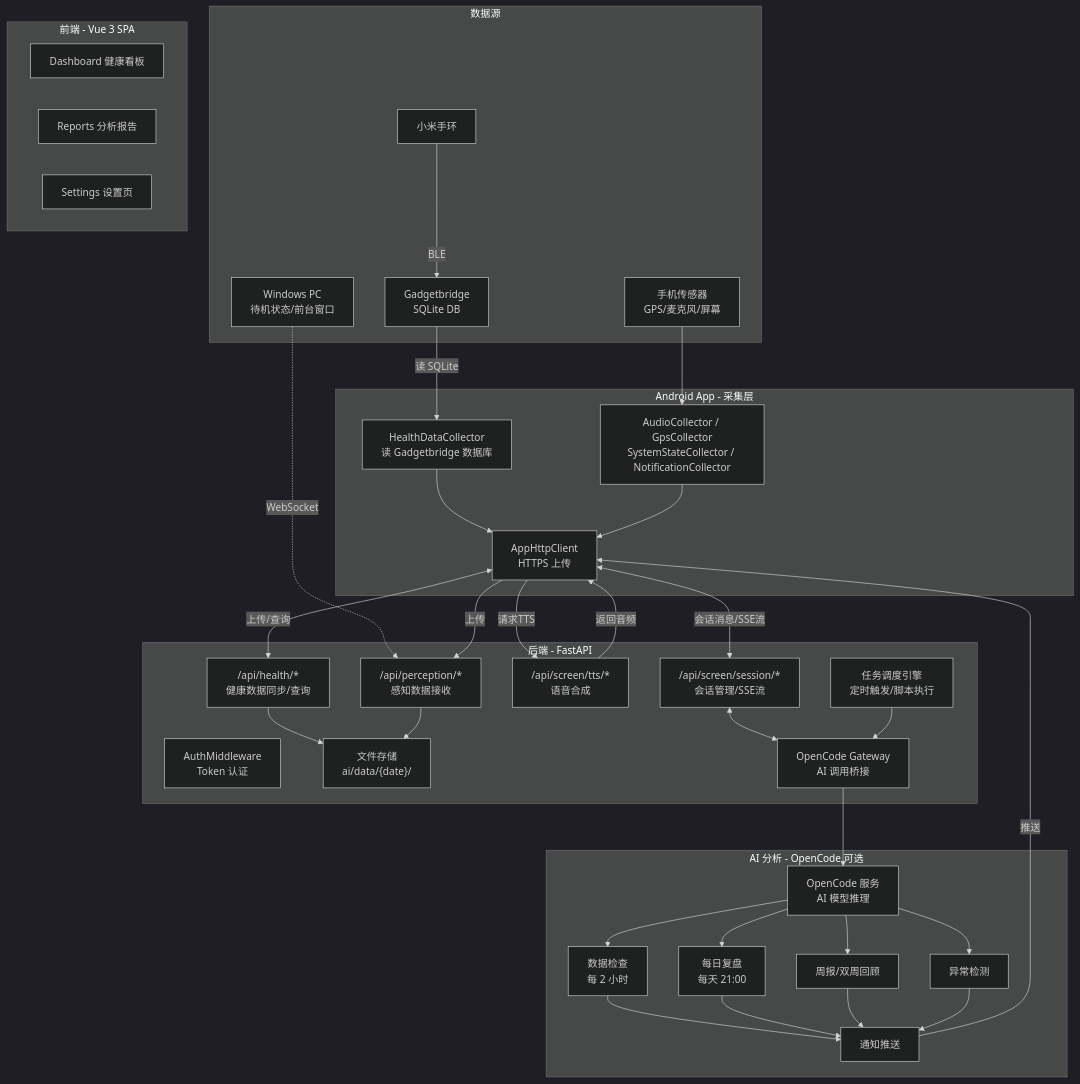
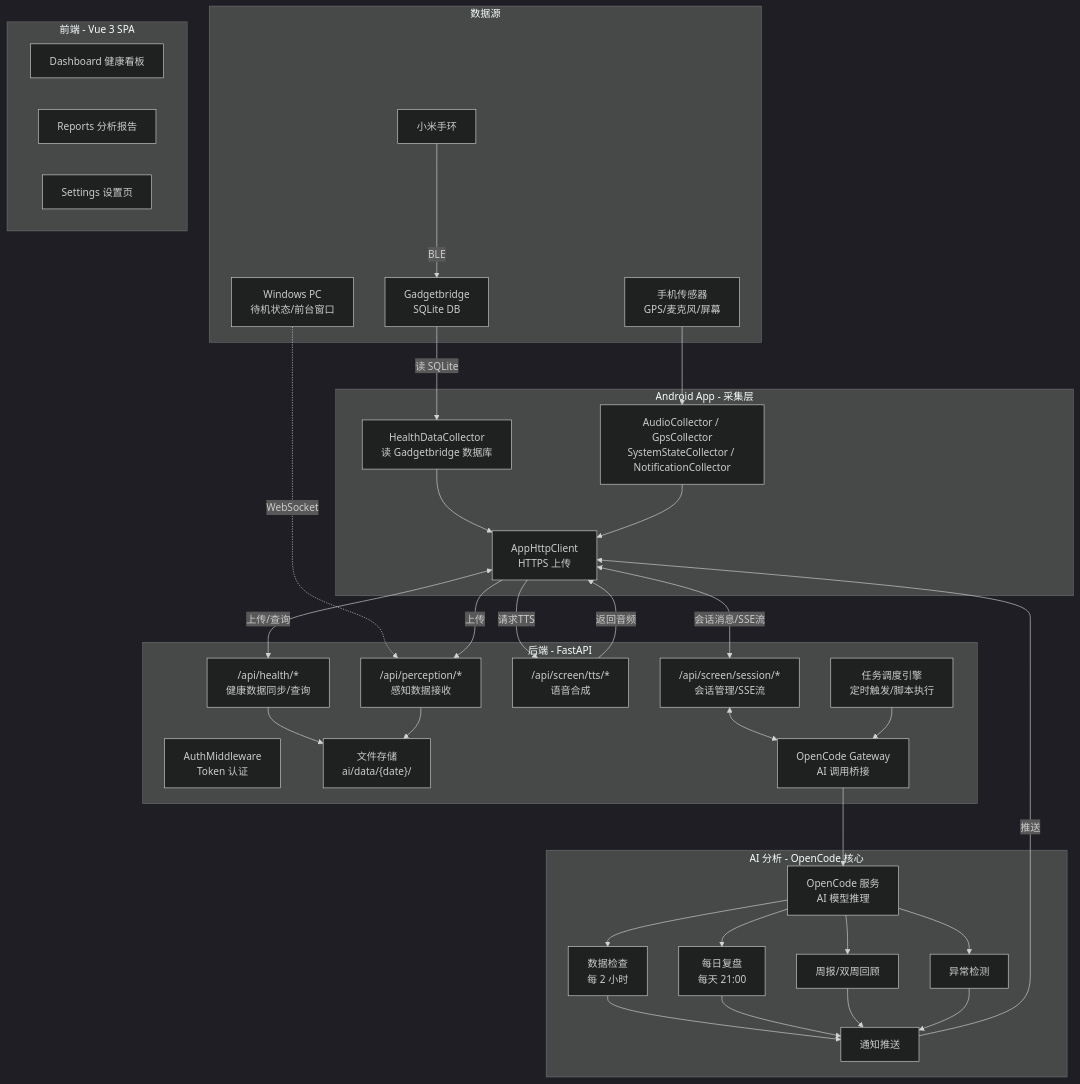
Before and after one commit to Axeuh/LiveLog-AI: the first of 2 diagrams in README.md, drawn with Mermaid (dark theme). The commit also changed other lines of this file, not shown here.

Commit message:
docs: position OpenCode as core component, mention Oh My OpenAgent

````diff
--- a/README.md
+++ b/README.md
@@ -17,71 +17,71 @@
 ```mermaid
 graph TB
     subgraph DataSources[数据源]
         BAND[小米手环] -->|BLE| GB[Gadgetbridge<br/>SQLite DB]
         PHONE[手机传感器<br/>GPS/麦克风/屏幕]
         PC[Windows PC<br/>待机状态/前台窗口]
     end
 
     subgraph AppCollect[Android App - 采集层]
         HDC[HealthDataCollector<br/>读 Gadgetbridge 数据库]
         SENSORS[AudioCollector / GpsCollector<br/>SystemStateCollector / NotificationCollector]
         UPLOAD[AppHttpClient<br/>HTTPS 上传]
     end
 
     subgraph Backend[后端 - FastAPI]
         AUTH[AuthMiddleware<br/>Token 认证]
         HEALTH["/api/health/*<br/>健康数据同步/查询"]
         PERCEPTION["/api/perception/*<br/>感知数据接收"]
         TTS["/api/screen/tts/*<br/>语音合成"]
         SESSION["/api/screen/session/*<br/>会话管理/SSE流"]
         STORE["文件存储<br/>ai/data/{date}/"]
         GATEWAY[OpenCode Gateway<br/>AI 调用桥接]
         TASK[任务调度引擎<br/>定时触发/脚本执行]
     end
 
     subgraph Frontend[前端 - Vue 3 SPA]
         DASH[Dashboard 健康看板]
         REPT[Reports 分析报告]
         SETT[Settings 设置页]
     end
 
-    subgraph AISystem[AI 分析 - OpenCode 可选]
+    subgraph AISystem[AI 分析 - OpenCode 核心]
         AI[OpenCode 服务<br/>AI 模型推理]
         DC[数据检查<br/>每 2 小时]
         DR[每日复盘<br/>每天 21:00]
         WR[周报/双周回顾]
         AD[异常检测]
         NOTIFY[通知推送]
     end
 
     GB -->|读 SQLite| HDC
     PHONE --> SENSORS
     PC -.->|WebSocket| PERCEPTION
 
     HDC --> UPLOAD
     SENSORS --> UPLOAD
 
     UPLOAD <-->|上传/查询| HEALTH
     UPLOAD -->|上传| PERCEPTION
     UPLOAD -->|请求TTS| TTS
     TTS -->|返回音频| UPLOAD
 
     UPLOAD <-->|会话消息/SSE流| SESSION
     SESSION <--> GATEWAY
 
     HEALTH --> STORE
     PERCEPTION --> STORE
 
     TASK --> GATEWAY
     GATEWAY --> AI
 
     AI --> DC
     AI --> DR
     AI --> WR
     AI --> AD
     DC --> NOTIFY
     DR --> NOTIFY
     WR --> NOTIFY
     AD --> NOTIFY
     NOTIFY -->|推送| UPLOAD
 ```
````
